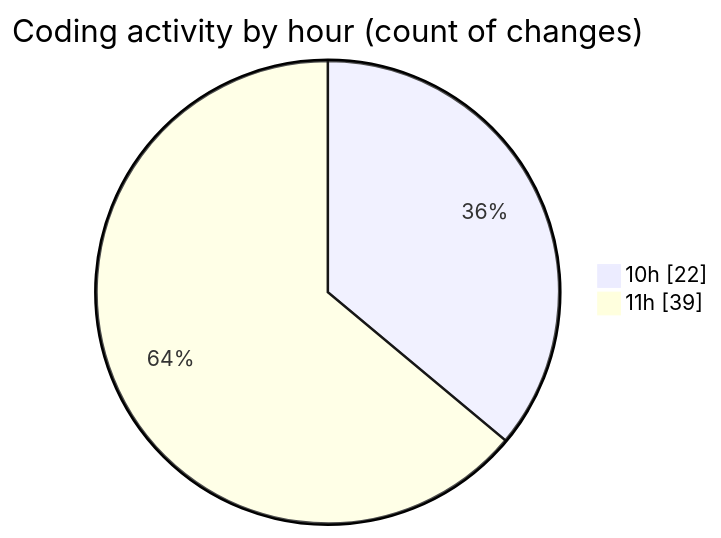
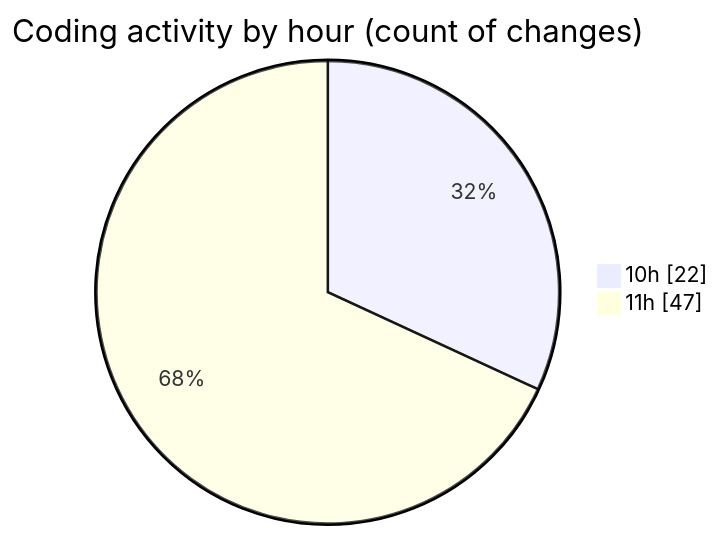
The second of 2 diagrams in 2025-04-29/cda/README.md (momahboobian/code-tracking), drawn with Mermaid before and after one commit. The commit also changed other lines of this file and 1 other file, not shown here.

````diff
--- a/2025-04-29/cda/README.md
+++ b/2025-04-29/cda/README.md
@@ -40,6 +46,6 @@
 ```mermaid
 pie showData
 title Coding activity by hour (count of changes)
 "10h" : 22
-"11h" : 39
+"11h" : 47
 ```
````
